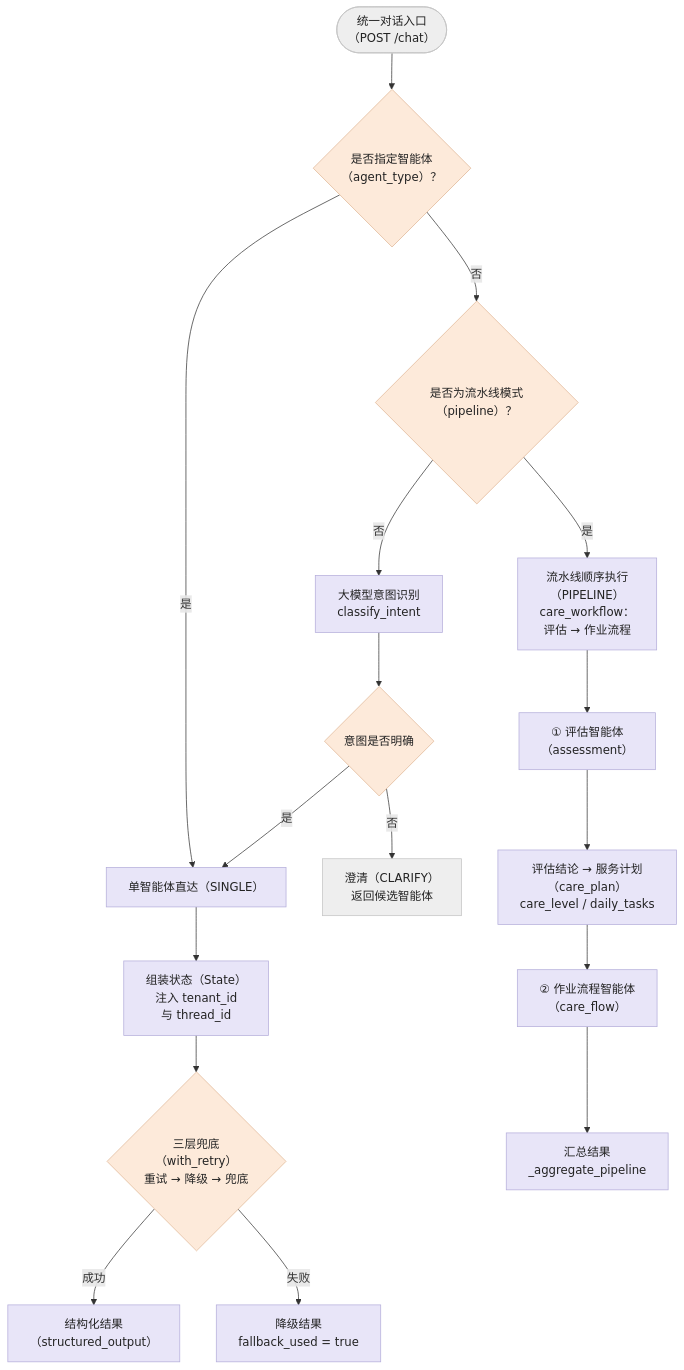
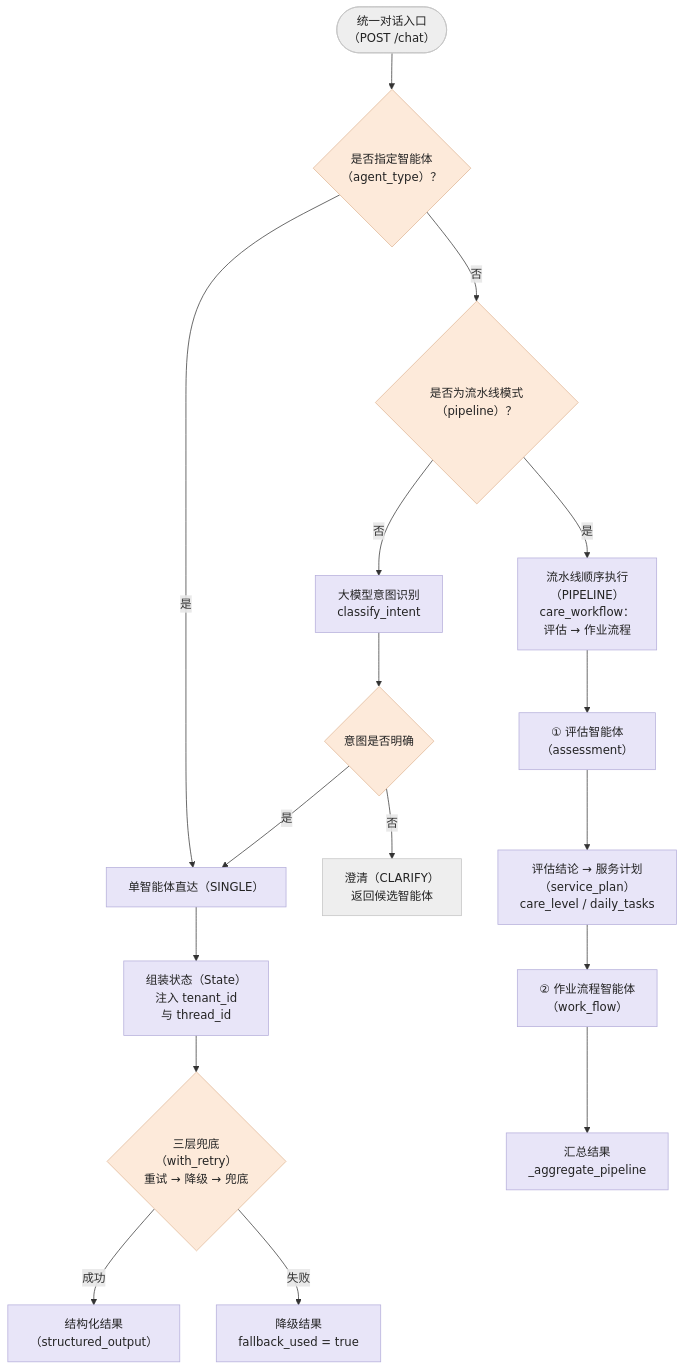
Before and after one commit to sysyan321-alt/fieldops-agent: the second of 13 diagrams in 文档/架构流程图.md, drawn with Mermaid. The commit also changed other lines of this file and 4 other files, not shown here.

First line of the commit message:
feat: 阶段⑤(2/2) 四份文档场景化与 MCP schema 重生成

````diff
--- a/文档/架构流程图.md
+++ b/文档/架构流程图.md
@@ -111,30 +111,30 @@
 ```mermaid
 flowchart TD
     START(["统一对话入口<br/>（POST /chat）"]) --> Q1{"是否指定智能体<br/>（agent_type）？"}
     Q1 -->|"是"| SINGLE["单智能体直达（SINGLE）"]
     Q1 -->|"否"| Q2{"是否为流水线模式（pipeline）？"}
 
     Q2 -->|"是"| PIPE["流水线顺序执行<br/>（PIPELINE）<br/>care_workflow：<br/>评估 → 作业流程"]
     Q2 -->|"否"| INTENT["大模型意图识别<br/>classify_intent"]
 
     INTENT --> Q3{"意图是否明确"}
     Q3 -->|"否"| CLARIFY["澄清（CLARIFY）<br/>返回候选智能体"]
     Q3 -->|"是"| SINGLE
 
     SINGLE --> RUN["组装状态（State）<br/>注入 tenant_id<br/>与 thread_id"]
     RUN --> RETRY{"三层兜底<br/>（with_retry）<br/>重试 → 降级 → 兜底"}
     RETRY -->|"成功"| OK["结构化结果<br/>（structured_output）"]
     RETRY -->|"失败"| FB["降级结果<br/>fallback_used = true"]
 
     PIPE --> P1["① 评估智能体<br/>（assessment）"]
-    P1 --> BRIDGE["评估结论 → 服务计划<br/>（care_plan）<br/>care_level / daily_tasks"]
-    BRIDGE --> P2["② 作业流程智能体<br/>（care_flow）"]
+    P1 --> BRIDGE["评估结论 → 服务计划<br/>（service_plan）<br/>care_level / daily_tasks"]
+    BRIDGE --> P2["② 作业流程智能体<br/>（work_flow）"]
     P2 --> AGG["汇总结果<br/>_aggregate_pipeline"]
 
     classDef proc fill:#e8e5f8,stroke:#b4adda,color:#232323
     classDef decision fill:#fdeada,stroke:#e0b795,color:#232323
     classDef term fill:#eeeeee,stroke:#c4c4c4,color:#232323
     class SINGLE,PIPE,INTENT,RUN,P1,BRIDGE,P2,AGG,OK,FB proc
     class Q1,Q2,Q3,RETRY decision
     class START,CLARIFY term
 ```
````
